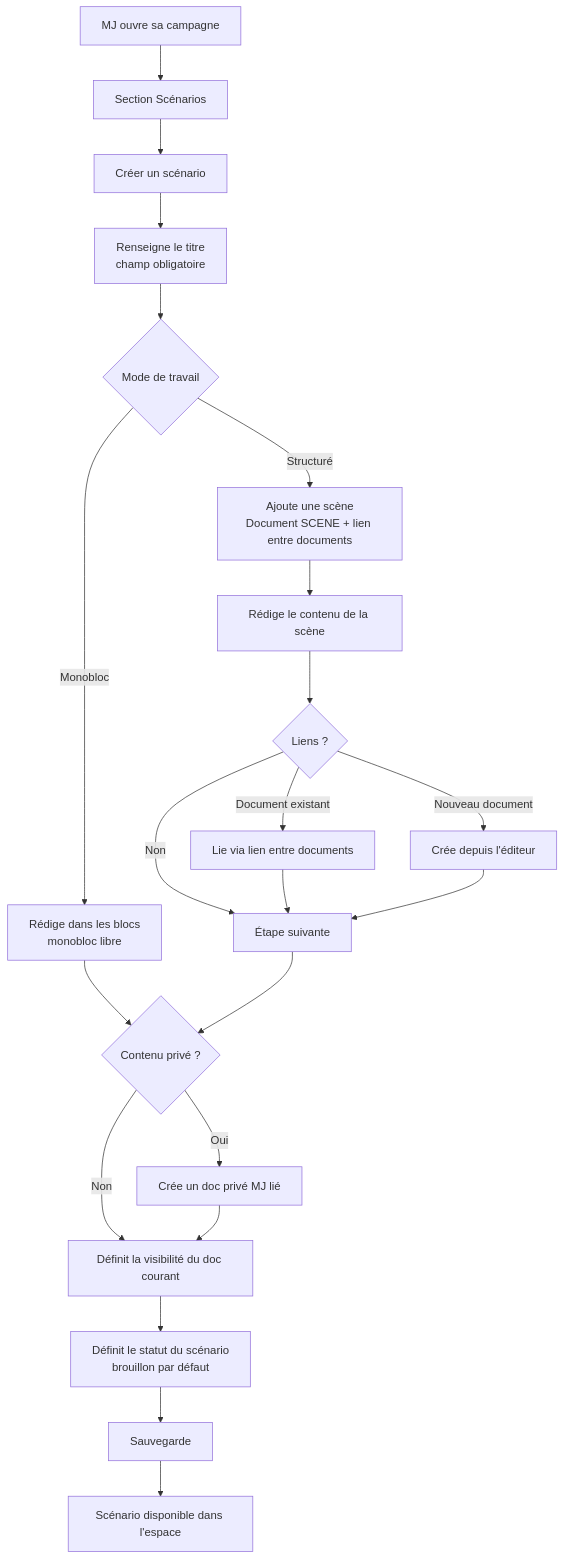
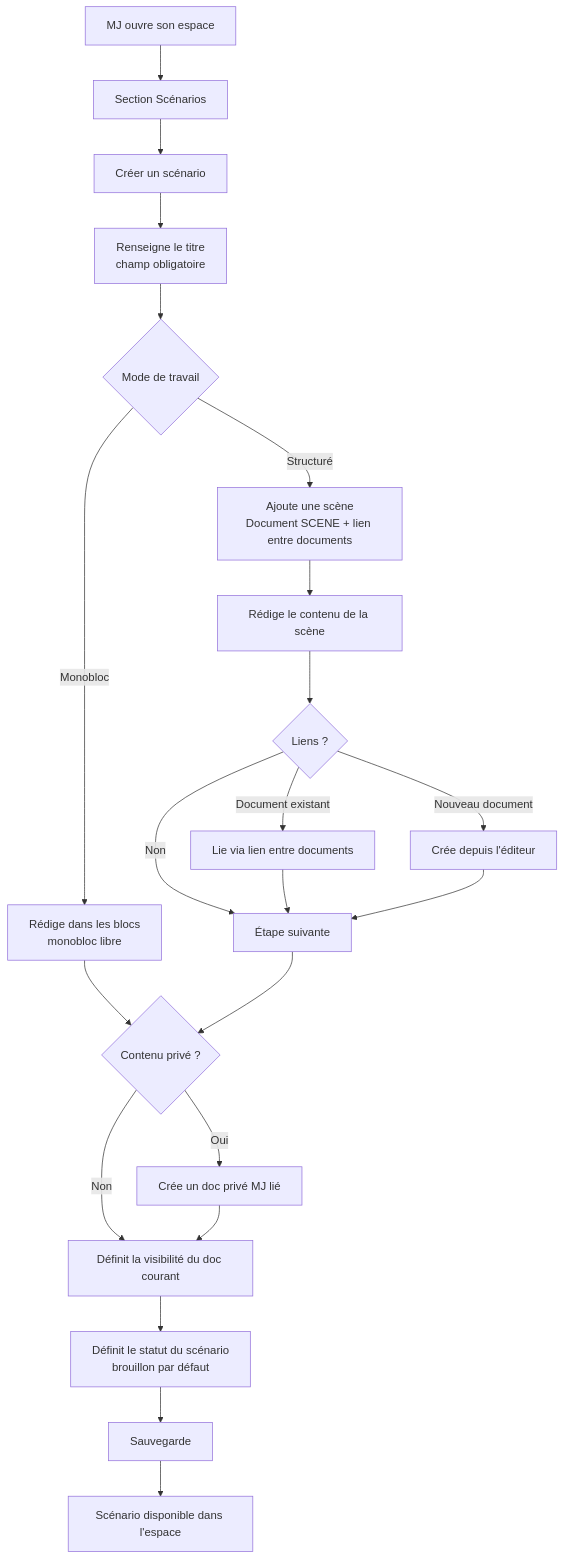
One commit to 2025-10-CDA-ECO-P6/PM-micro-saas changed the second of 2 diagrams in docs/conception/besoin/user-journeys/UJ-UC-03-structurer-scenario.md. Above: the diagram before and after it, drawn with Mermaid. The commit also changed other lines of this file and 140 other files, not shown here.

````diff
--- a/docs/conception/besoin/user-journeys/UJ-UC-03-structurer-scenario.md
+++ b/docs/conception/besoin/user-journeys/UJ-UC-03-structurer-scenario.md
@@ -49,27 +49,27 @@
 ```mermaid
 flowchart TD
-    A[MJ ouvre sa campagne] --> B[Section Scénarios]
+    A[MJ ouvre son espace] --> B[Section Scénarios]
     B --> C[Créer un scénario]
     C --> D[Renseigne le titre\nchamp obligatoire]
     D --> E{Mode de travail}
 
     E -->|Monobloc| F[Rédige dans les blocs\nmonobloc libre]
     E -->|Structuré| G[Ajoute une scène\nDocument SCENE + lien entre documents]
     G --> H[Rédige le contenu de la scène]
     H --> I{Liens ?}
     I -->|Document existant| J[Lie via lien entre documents]
     I -->|Nouveau document| K[Crée depuis l'éditeur]
     I -->|Non| L[Étape suivante]
     J --> L
     K --> L
 
     F --> M{Contenu privé ?}
     L --> M
     M -->|Oui| N[Crée un doc privé MJ lié]
     M -->|Non| O[Définit la visibilité du doc courant]
     N --> O
 
     O --> P[Définit le statut du scénario\nbrouillon par défaut]
     P --> Q[Sauvegarde]
     Q --> R[Scénario disponible dans l'espace]
 ```
````
